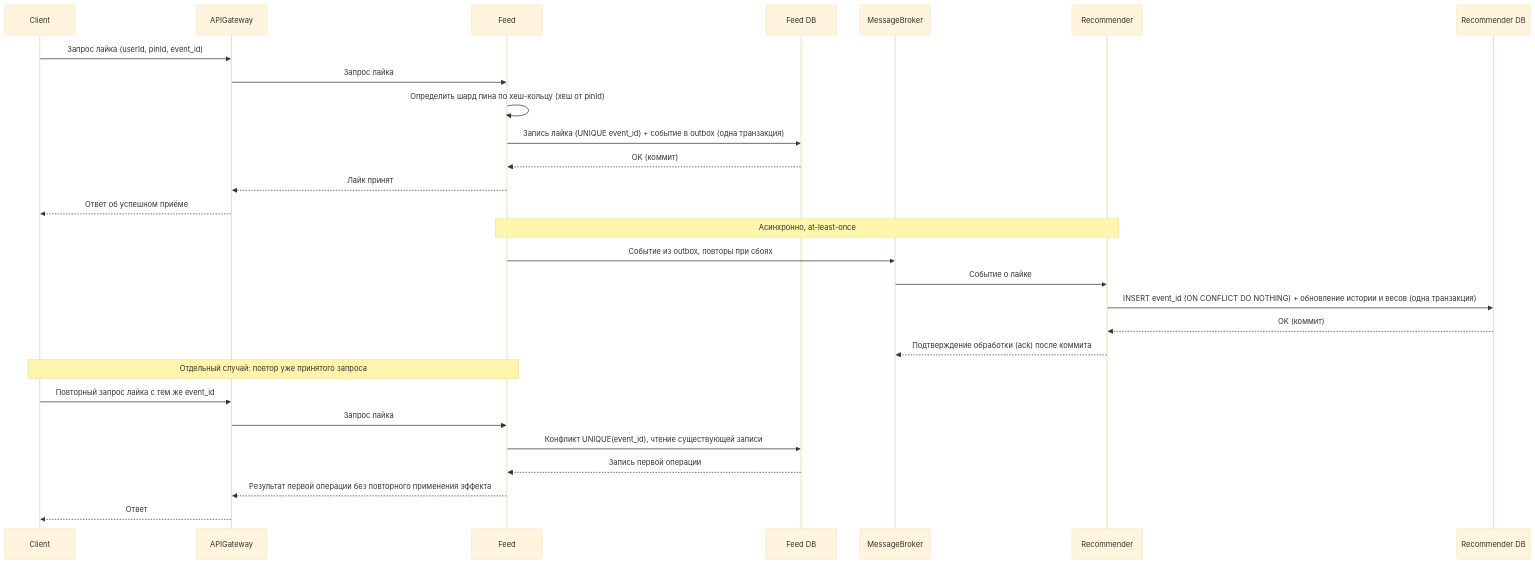
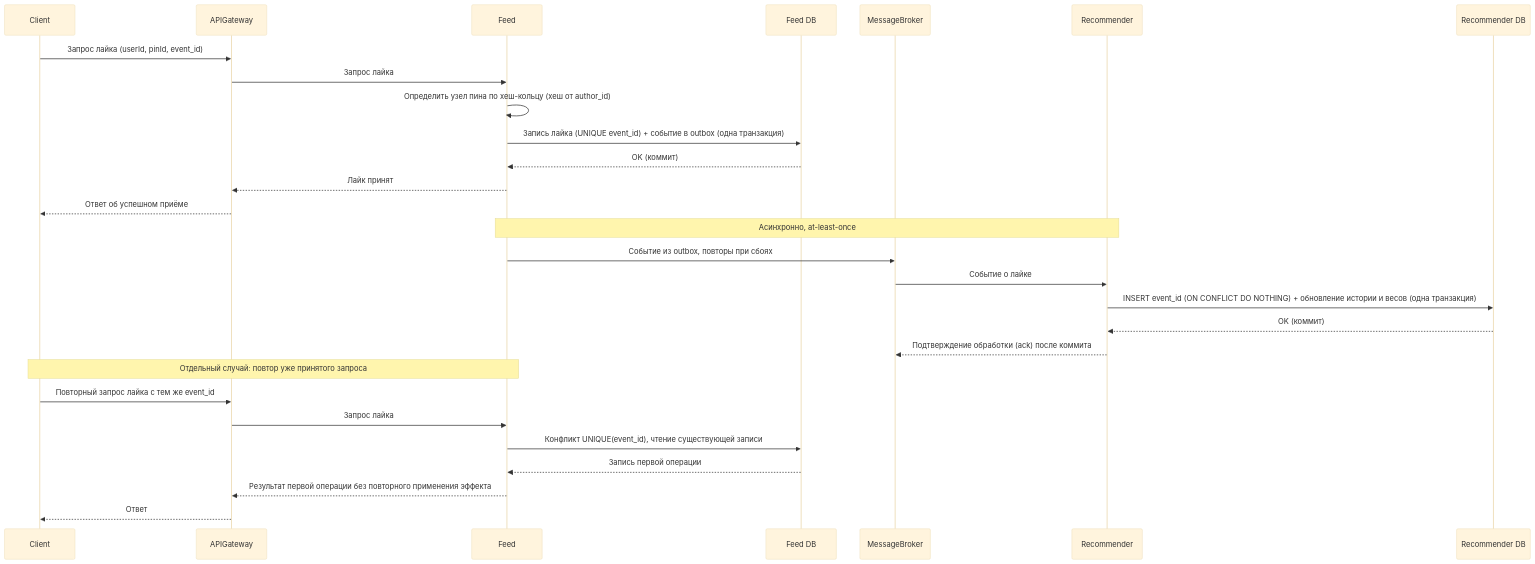
Before and after one commit to spbu-ds-practicum-2026/apotheosis: the fourth of 6 diagrams in docs/tr.md, drawn with Mermaid (base theme). The commit also changed other lines of this file and 24 other files, not shown here.

````diff
--- a/docs/tr.md
+++ b/docs/tr.md
@@ -324,31 +325,31 @@
 ```mermaid
 sequenceDiagram
   participant Client
   participant APIGateway
   participant Feed
   participant FeedDB as Feed DB
   participant MessageBroker
   participant Recommender
   participant RecommenderDB as Recommender DB
 
   Client->>APIGateway: Запрос лайка (userId, pinId, event_id)
   APIGateway->>Feed: Запрос лайка
-  Feed->>Feed: Определить шард пина по хеш-кольцу (хеш от pinId)
+  Feed->>Feed: Определить узел пина по хеш-кольцу (хеш от author_id)
   Feed->>FeedDB: Запись лайка (UNIQUE event_id) + событие в outbox (одна транзакция)
   FeedDB-->>Feed: OK (коммит)
   Feed-->>APIGateway: Лайк принят
   APIGateway-->>Client: Ответ об успешном приёме
   Note over Feed,Recommender: Асинхронно, at-least-once
   Feed->>MessageBroker: Событие из outbox, повторы при сбоях
   MessageBroker->>Recommender: Событие о лайке
   Recommender->>RecommenderDB: INSERT event_id (ON CONFLICT DO NOTHING) + обновление истории и весов (одна транзакция)
   RecommenderDB-->>Recommender: OK (коммит)
   Recommender-->>MessageBroker: Подтверждение обработки (ack) после коммита
   Note over Client,Feed: Отдельный случай: повтор уже принятого запроса
   Client->>APIGateway: Повторный запрос лайка с тем же event_id
   APIGateway->>Feed: Запрос лайка
   Feed->>FeedDB: Конфликт UNIQUE(event_id), чтение существующей записи
   FeedDB-->>Feed: Запись первой операции
   Feed-->>APIGateway: Результат первой операции без повторного применения эффекта
   APIGateway-->>Client: Ответ
 ```
````
